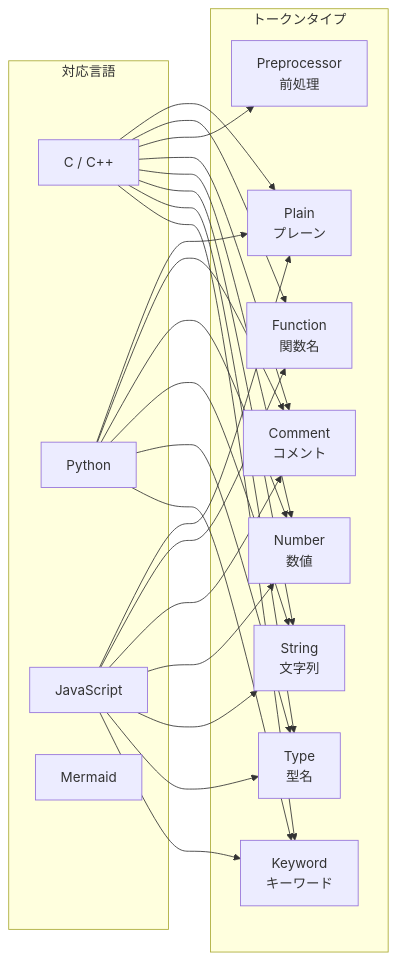
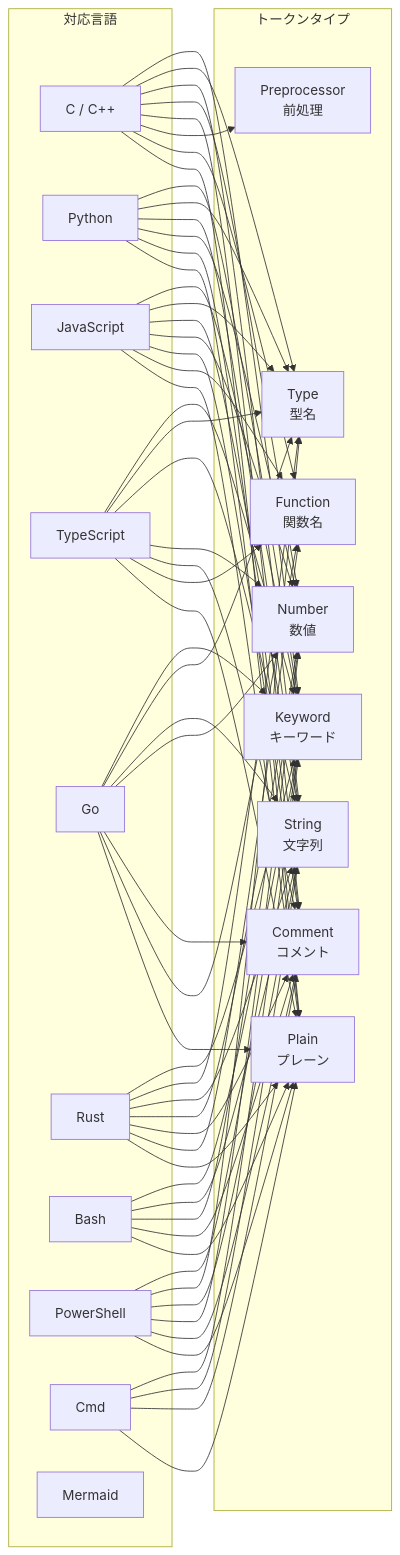
One commit to tanaton/mendo changed the seventh of 27 diagrams in test.md. Above: the diagram before and after it, drawn with Mermaid. The commit also changed other lines of this file, not shown here.

````diff
--- a/test.md
+++ b/test.md
@@ -699,24 +736,36 @@
 ```mermaid
 graph LR
     subgraph 対応言語
         CPP[C / C++]
         PY[Python]
         JS[JavaScript]
+        TS[TypeScript]
+        GO[Go]
+        RS[Rust]
+        BASH[Bash]
+        PS[PowerShell]
+        CMD[Cmd]
         MER[Mermaid]
     end
 
     subgraph トークンタイプ
         KW[Keyword<br>キーワード]
         TY[Type<br>型名]
         ST[String<br>文字列]
         NU[Number<br>数値]
         CM[Comment<br>コメント]
         PP[Preprocessor<br>前処理]
         FN[Function<br>関数名]
         PL[Plain<br>プレーン]
     end
 
     CPP --> KW & TY & ST & NU & CM & PP & FN & PL
     PY --> KW & TY & ST & NU & CM & PL
     JS --> KW & TY & ST & NU & CM & FN & PL
+    TS --> KW & TY & ST & NU & CM & FN & PL
+    GO --> KW & TY & ST & NU & CM & FN & PL
+    RS --> KW & TY & ST & NU & CM & FN & PL
+    BASH --> KW & ST & NU & CM & PL
+    PS --> KW & TY & ST & NU & CM & PL
+    CMD --> KW & ST & CM & PL
 ```
````
